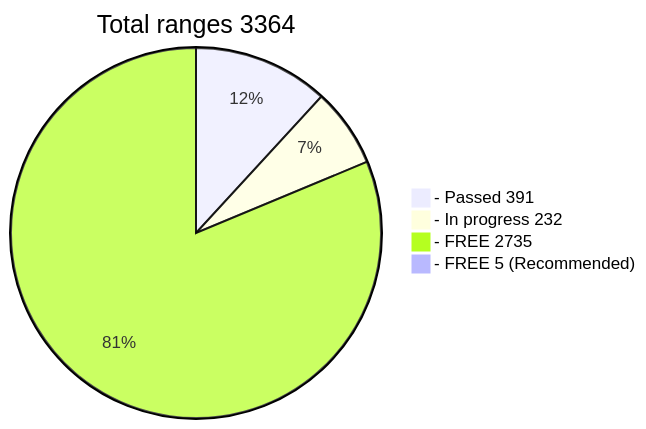
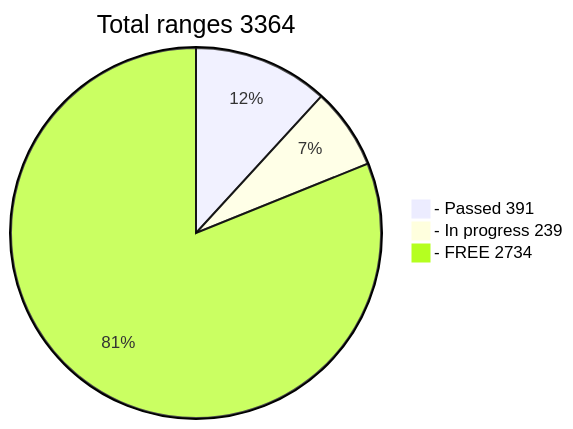
The diagram in README.md (phrutis/wif500), drawn with Mermaid before and after one commit.

````diff
--- a/README.md
+++ b/README.md
@@ -16,7 +16,6 @@
 ```mermaid
 pie title Total ranges 3364
   "- Passed 391" : 398
-  "- In progress 232" : 232
-  "- FREE 2735" : 2735
-  "- FREE 5 (Recommended)" : 5
+  "- In progress 239" : 239
+  "- FREE 2734" : 2734
 ```
````
